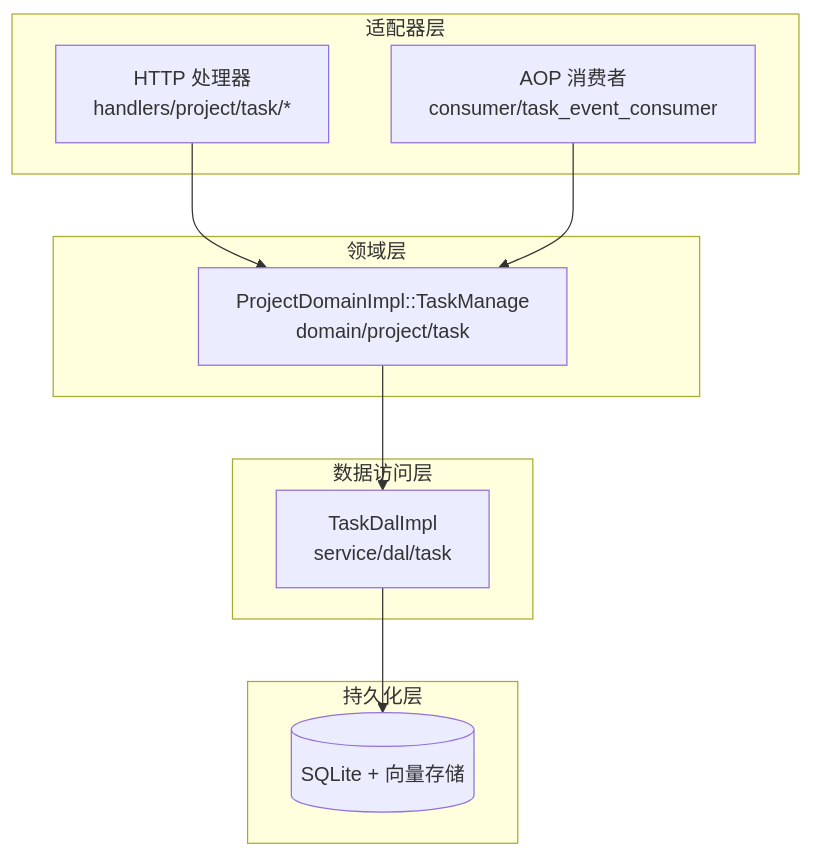
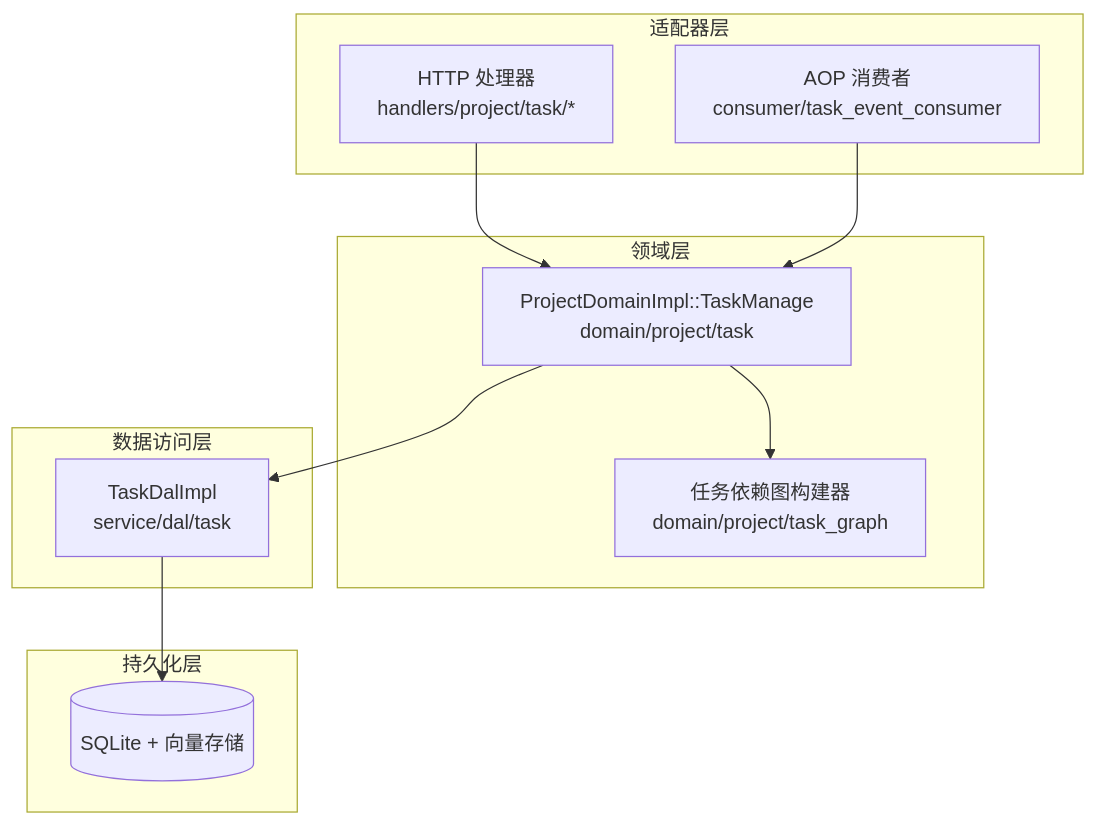
One commit to runningcoders/ai_orz changed the first of 9 diagrams in .qoder/repowiki/zh/content/项目概述/核心功能特性/任务协作与执行计划/任务协作与执行计划.md. Above: the diagram before and after it, drawn with Mermaid. The commit also changed other lines of this file and 360 other files, not shown here.

````diff
--- a/.qoder/repowiki/zh/content/项目概述/核心功能特性/任务协作与执行计划/任务协作与执行计划.md
+++ b/.qoder/repowiki/zh/content/项目概述/核心功能特性/任务协作与执行计划/任务协作与执行计划.md
@@ -40,20 +52,22 @@
 ```mermaid
 graph TB
 subgraph "适配器层"
 H["HTTP 处理器<br/>handlers/project/task/*"]
 C["AOP 消费者<br/>consumer/task_event_consumer"]
 end
 subgraph "领域层"
 D["ProjectDomainImpl::TaskManage<br/>domain/project/task"]
+TG["任务依赖图构建器<br/>domain/project/task_graph"]
 end
 subgraph "数据访问层"
 L["TaskDalImpl<br/>service/dal/task"]
 end
 subgraph "持久化层"
 DB[("SQLite + 向量存储")]
 end
 H --> D
 C --> D
 D --> L
 L --> DB
+D --> TG
 ```
````
